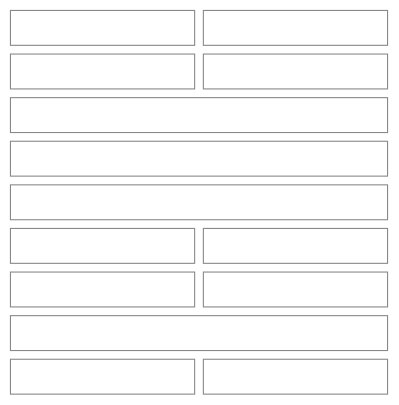
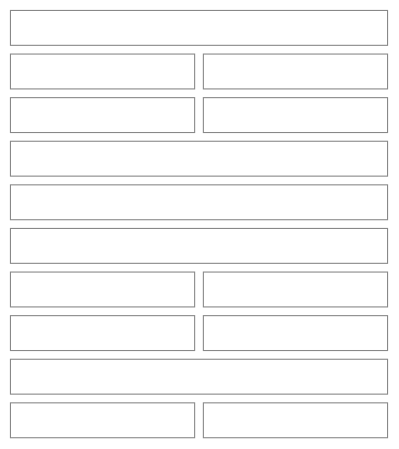
Diagram 14 of 27 in src/apps/pinch/UX.md (NovaMoonX/moondreams-dev-apps), drawn with Mermaid before and after one commit. The commit also changed other lines of this file, not shown here.

````diff
--- a/src/apps/pinch/UX.md
+++ b/src/apps/pinch/UX.md
@@ -440,33 +476,35 @@
 ```mermaid
 %%{init: {'theme': 'base', 'themeVariables': {'primaryColor': 'transparent', 'primaryBorderColor': '#888888', 'primaryTextColor': '#333333', 'lineColor': '#888888'}}}%%
 block-beta
   columns 2
-  K1["Ingredients"]:1
-  K2["+ New  ·  📋"]:1
-  K3["🏪 Stores  ·  6"]:1
-  K4["🛒 Products  ·  14"]:1
-  K5["[ Yours ]   All"]:2
-  K6["🔍 Search"]:2
-  K7["— Chicken —"]:2
-  K8["🍗 Chicken breast"]:1
-  K9["Walmart · $9.48 / 3 lb"]:1
-  K10["🍗 Chicken thighs"]:1
-  K11["No product yet"]:1
-  K12["— Rice —"]:2
-  K13["🍚 Jasmine rice"]:1
-  K14["Costco · $14.99 / 20 lb"]:1
+  K1["Kitchen"]:2
+  K2["🏪 Stores  ·  6"]:1
+  K3["🛒 Products  ·  14"]:1
+  K4["INGREDIENTS  42"]:1
+  K5["+ New"]:1
+  K6["[ Yours ]   All   🔍 Search   ⧩ 2"]:2
+  K7["Price: Needs a price  ✕   Clear"]:2
+  K8["— Chicken —"]:2
+  K9["Chicken breast"]:1
+  K10["Walmart · $9.48 / 3 lb"]:1
+  K11["Chicken thighs"]:1
+  K12["No product yet"]:1
+  K13["— Rice —"]:2
+  K14["Jasmine rice"]:1
+  K15["Costco · $14.99 / 20 lb"]:1
   style K1 fill:transparent,stroke:#888888,stroke-width:1px;
   style K2 fill:transparent,stroke:#888888,stroke-width:1px;
   style K3 fill:transparent,stroke:#888888,stroke-width:1px;
   style K4 fill:transparent,stroke:#888888,stroke-width:1px;
   style K5 fill:transparent,stroke:#888888,stroke-width:1px;
   style K6 fill:transparent,stroke:#888888,stroke-width:1px;
   style K7 fill:transparent,stroke:#888888,stroke-width:1px;
   style K8 fill:transparent,stroke:#888888,stroke-width:1px;
   style K9 fill:transparent,stroke:#888888,stroke-width:1px;
   style K10 fill:transparent,stroke:#888888,stroke-width:1px;
   style K11 fill:transparent,stroke:#888888,stroke-width:1px;
   style K12 fill:transparent,stroke:#888888,stroke-width:1px;
   style K13 fill:transparent,stroke:#888888,stroke-width:1px;
   style K14 fill:transparent,stroke:#888888,stroke-width:1px;
+  style K15 fill:transparent,stroke:#888888,stroke-width:1px;
 ```
````
